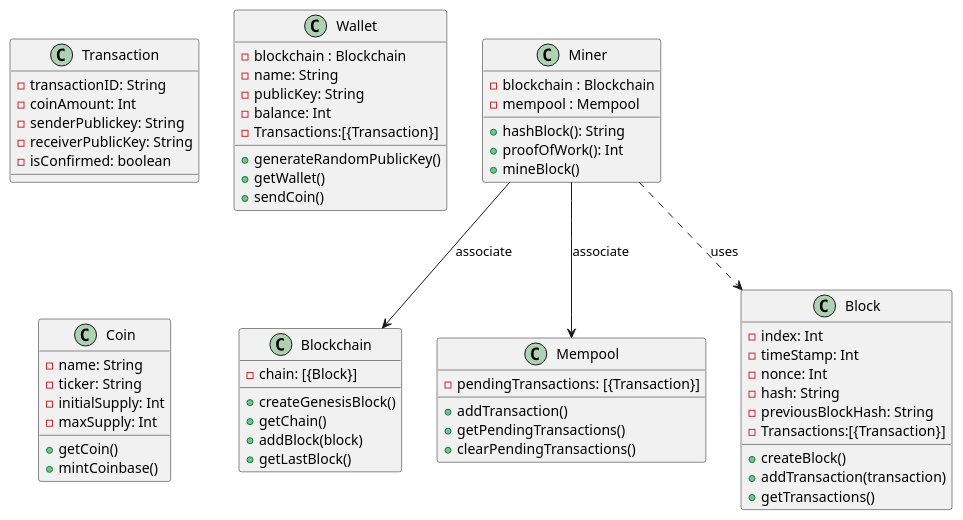
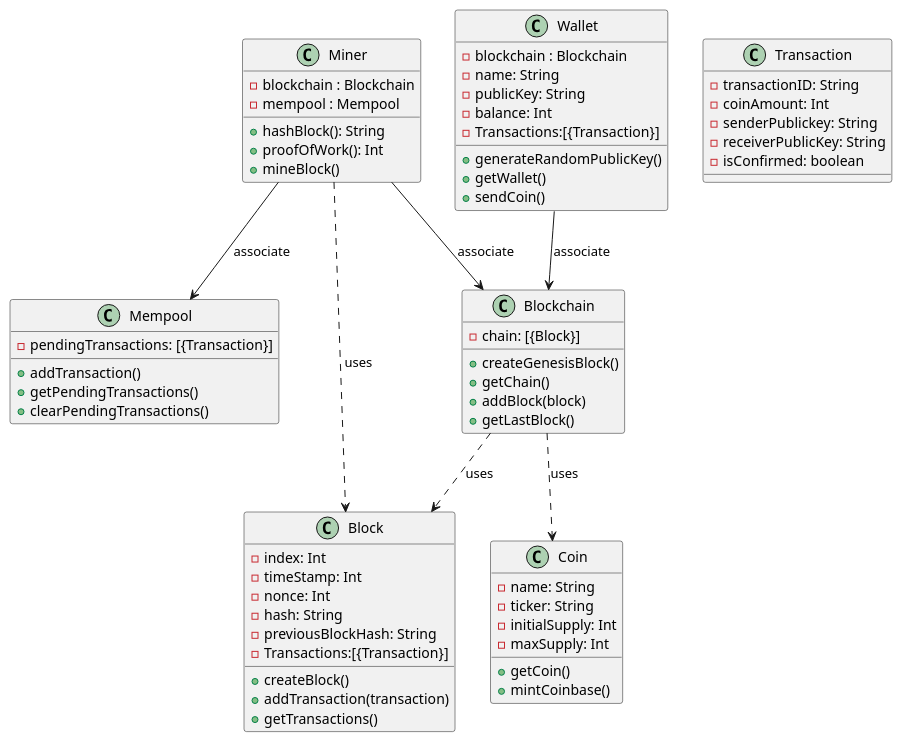
The diagram in prototipov1.plantuml (valleria-web/prototype), drawn with PlantUML before and after one commit. The commit also changed 5 other files, not shown here.

```diff
--- a/prototipov1.plantuml
+++ b/prototipov1.plantuml
@@ -1,71 +1,74 @@
 @startuml prototipov1
 
 class Blockchain{
     - chain: [{Block}]
     + createGenesisBlock()
     + getChain()
     + addBlock(block)
     + getLastBlock()
 }
 
 class Miner {
     - blockchain : Blockchain
     - mempool : Mempool
     + hashBlock(): String
     + proofOfWork(): Int
     + mineBlock()
 }
 
 class Mempool{
     - pendingTransactions: [{Transaction}]
     + addTransaction()
     + getPendingTransactions()
     + clearPendingTransactions()
 
 }
 
 class Block{
     - index: Int 
     - timeStamp: Int 
     - nonce: Int
     - hash: String 
     - previousBlockHash: String
     - Transactions:[{Transaction}]
     + createBlock()
     + addTransaction(transaction)
     + getTransactions()
 }
 
 class Transaction{
     - transactionID: String 
     - coinAmount: Int 
     - senderPublickey: String
     - receiverPublicKey: String
     - isConfirmed: boolean
 }
 
 class Wallet{
     - blockchain : Blockchain
     - name: String
     - publicKey: String
     - balance: Int
     - Transactions:[{Transaction}]
     + generateRandomPublicKey()
     + getWallet()
     + sendCoin()
 }
 
 class Coin{
     - name: String
     - ticker: String 
     - initialSupply: Int
     - maxSupply: Int
     + getCoin()
     + mintCoinbase()
 }
 
 Miner ..> Block : uses
 Miner --> Blockchain : associate
 Miner --> Mempool : associate
+Wallet --> Blockchain : associate
+Blockchain ..> Block : uses
+Blockchain ..> Coin : uses
 
 @enduml
```
